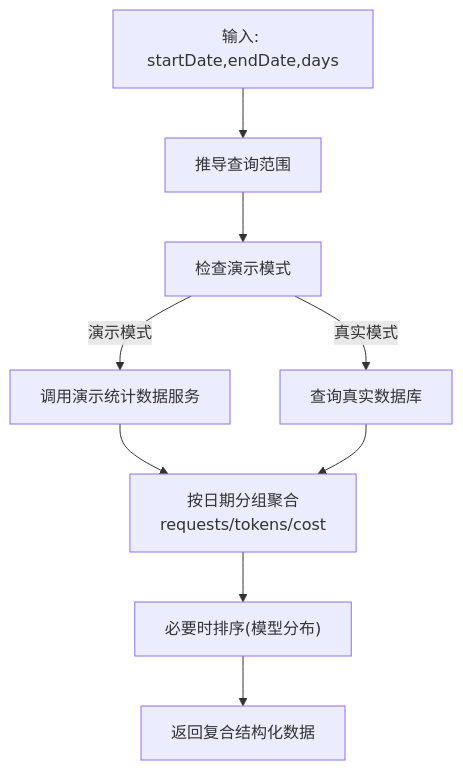
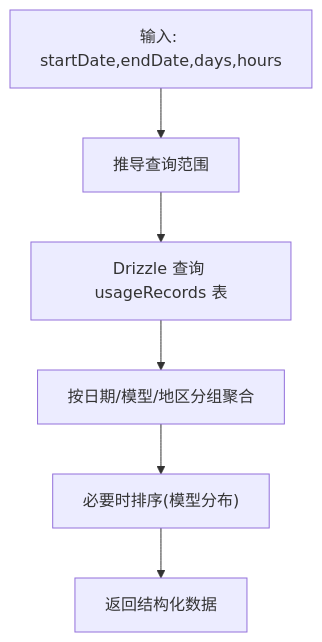
The ninth of 13 diagrams in .qoder/repowiki/zh/content/监控与分析/监控与分析.md (RadiumAg/AIGate), drawn with Mermaid before and after one commit. The commit also changed other lines of this file and 15 other files, not shown here.

````diff
--- a/.qoder/repowiki/zh/content/监控与分析/监控与分析.md
+++ b/.qoder/repowiki/zh/content/监控与分析/监控与分析.md
@@ -425,11 +344,8 @@
 ```mermaid
 flowchart TD
-QStart["输入: startDate,endDate,days"] --> Range["推导查询范围"]
-Range --> CheckDemo["检查演示模式"]
-CheckDemo --> |演示模式| DemoStats["调用演示统计数据服务"]
-CheckDemo --> |真实模式| RealDB["查询真实数据库"]
-DemoStats --> Group["按日期分组聚合<br/>requests/tokens/cost"]
-RealDB --> Group
+QStart["输入: startDate,endDate,days,hours"] --> Range["推导查询范围"]
+Range --> Query["Drizzle 查询 usageRecords 表"]
+Query --> Group["按日期/模型/地区分组聚合"]
 Group --> Sort["必要时排序(模型分布)"]
-Sort --> Result["返回复合结构化数据"]
+Sort --> Result["返回结构化数据"]
 ```
````
